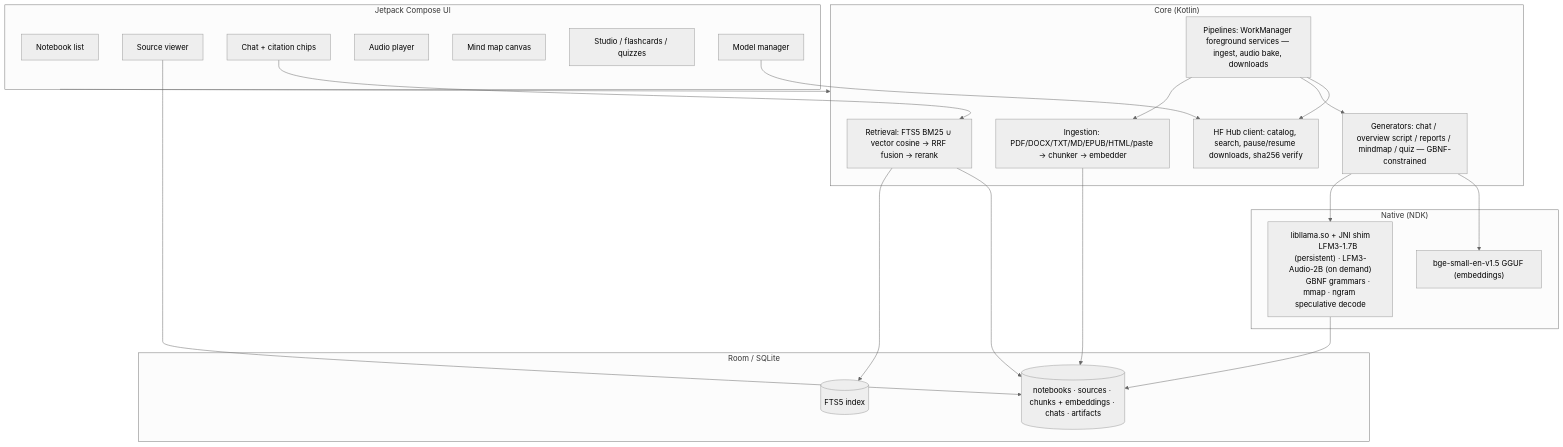
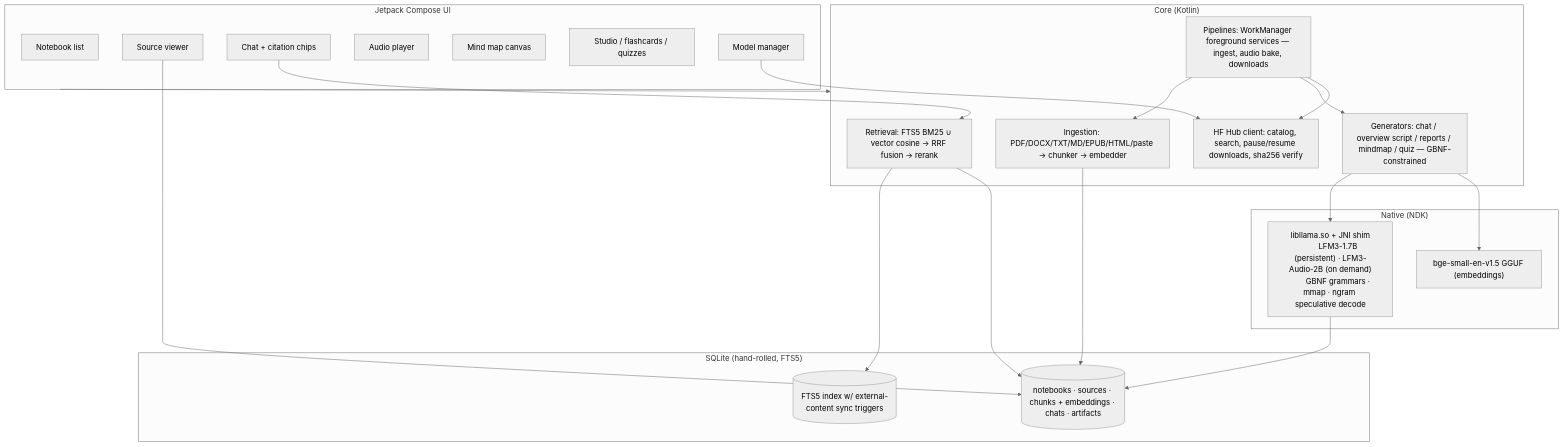
The first of 3 diagrams in docs/ARCHITECTURE.md (touhidsiddiqueeraj-bit/pocketnotebook), drawn with Mermaid (neutral theme) before and after one commit. The commit also changed other lines of this file and 69 other files, not shown here.

````diff
--- a/docs/ARCHITECTURE.md
+++ b/docs/ARCHITECTURE.md
@@ -8,46 +8,46 @@
 ```mermaid
 flowchart TB
     subgraph UI["Jetpack Compose UI"]
         NL[Notebook list]
         SV[Source viewer]
         CH[Chat + citation chips]
         AP[Audio player]
         MM[Mind map canvas]
         ST[Studio / flashcards / quizzes]
         MGM[Model manager]
     end
 
     subgraph CORE["Core (Kotlin)"]
         ING[Ingestion: PDF/DOCX/TXT/MD/EPUB/HTML/paste → chunker → embedder]
         RET[Retrieval: FTS5 BM25 ∪ vector cosine → RRF fusion → rerank]
         GEN[Generators: chat / overview script / reports / mindmap / quiz — GBNF-constrained]
         PIPE[Pipelines: WorkManager foreground services — ingest, audio bake, downloads]
         HF[HF Hub client: catalog, search, pause/resume downloads, sha256 verify]
     end
 
     subgraph NATIVE["Native (NDK)"]
         LLM["libllama.so + JNI shim
         LFM3-1.7B (persistent) · LFM3-Audio-2B (on demand)
         GBNF grammars · mmap · ngram speculative decode"]
         EMB["bge-small-en-v1.5 GGUF (embeddings)"]
     end
 
-    subgraph DATA["Room / SQLite"]
+    subgraph DATA["SQLite (hand-rolled, FTS5)"]
         DB[(notebooks · sources · chunks + embeddings · chats · artifacts)]
-        FTS[(FTS5 index)]
+        FTS[(FTS5 index w/ external-content sync triggers)]
     end
 
     UI --> CORE
     ING --> DB
     RET --> FTS
     RET --> DB
     GEN --> LLM
     GEN --> EMB
     PIPE --> ING
     PIPE --> GEN
     PIPE --> HF
     CH --> RET
     SV --> DB
     MGM --> HF
     LLM --> DB
 ```
````
